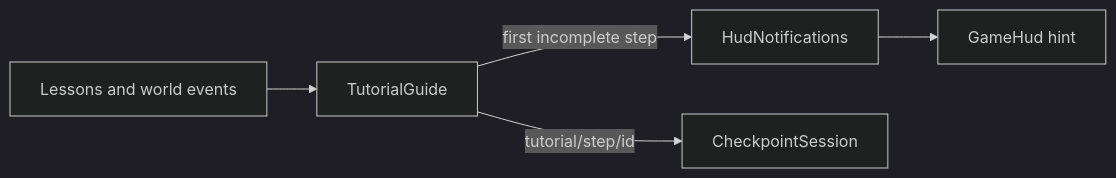
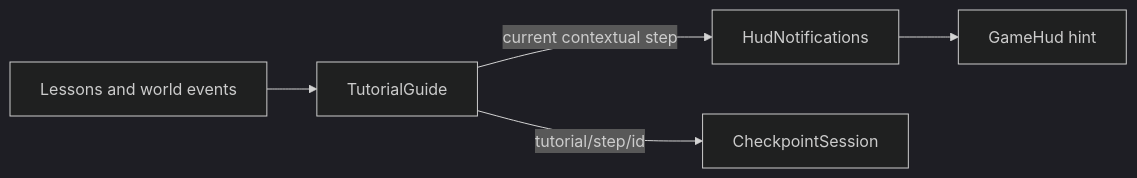
The sixth of 6 diagrams in Docs/SystemsOverview.md (Ronno7/RoadOfTheOldKing), drawn with Mermaid (dark theme) before and after one commit. The commit also changed other lines of this file and 674 other files, not shown here.

````diff
--- a/Docs/SystemsOverview.md
+++ b/Docs/SystemsOverview.md
@@ -321,7 +323,7 @@
 ```mermaid
 flowchart LR
   E["Lessons and world events"] --> G[TutorialGuide]
-  G -->|"first incomplete step"| N[HudNotifications]
+  G -->|"current contextual step"| N[HudNotifications]
   N --> H[GameHud hint]
   G -->|"tutorial/step/id"| S[CheckpointSession]
 ```
````
